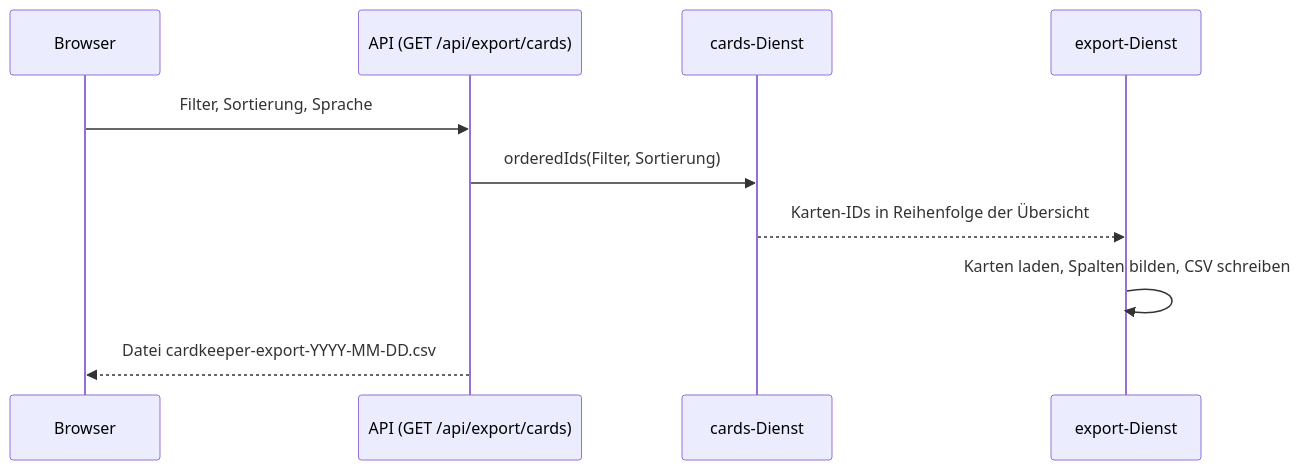
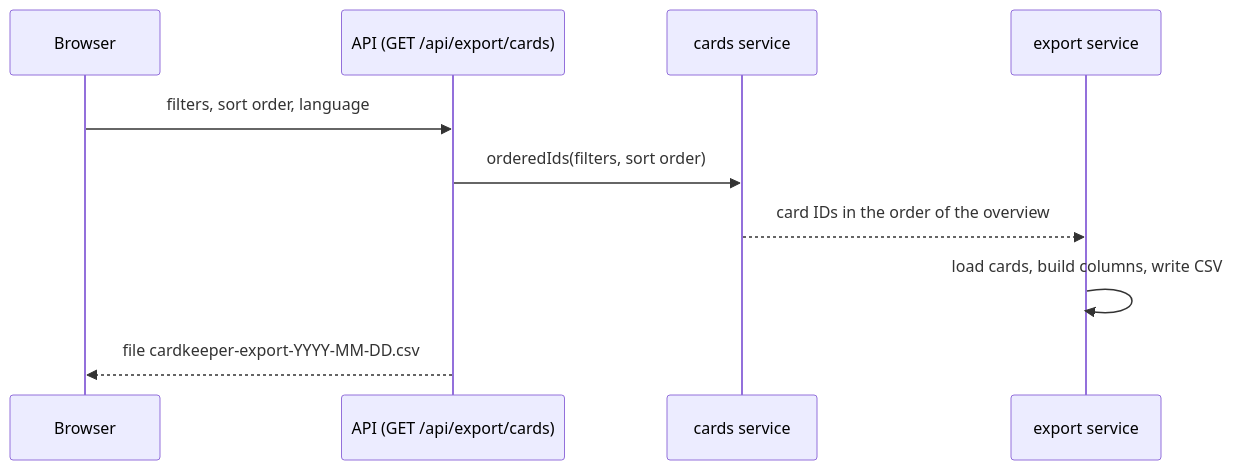
The fifth of 5 diagrams in docs/ARCHITECTURE.md (qaldak/cardkeeper), drawn with Mermaid before and after one commit. The commit also changed other lines of this file and 83 other files, not shown here.

````diff
--- a/docs/ARCHITECTURE.md
+++ b/docs/ARCHITECTURE.md
@@ -97,12 +97,12 @@
 ```mermaid
 sequenceDiagram
     participant B as Browser
     participant A as API (GET /api/export/cards)
-    participant C as cards-Dienst
-    participant E as export-Dienst
-    B->>A: Filter, Sortierung, Sprache
-    A->>C: orderedIds(Filter, Sortierung)
-    C-->>E: Karten-IDs in Reihenfolge der Übersicht
-    E->>E: Karten laden, Spalten bilden, CSV schreiben
-    A-->>B: Datei cardkeeper-export-YYYY-MM-DD.csv
+    participant C as cards service
+    participant E as export service
+    B->>A: filters, sort order, language
+    A->>C: orderedIds(filters, sort order)
+    C-->>E: card IDs in the order of the overview
+    E->>E: load cards, build columns, write CSV
+    A-->>B: file cardkeeper-export-YYYY-MM-DD.csv
 ```
````
